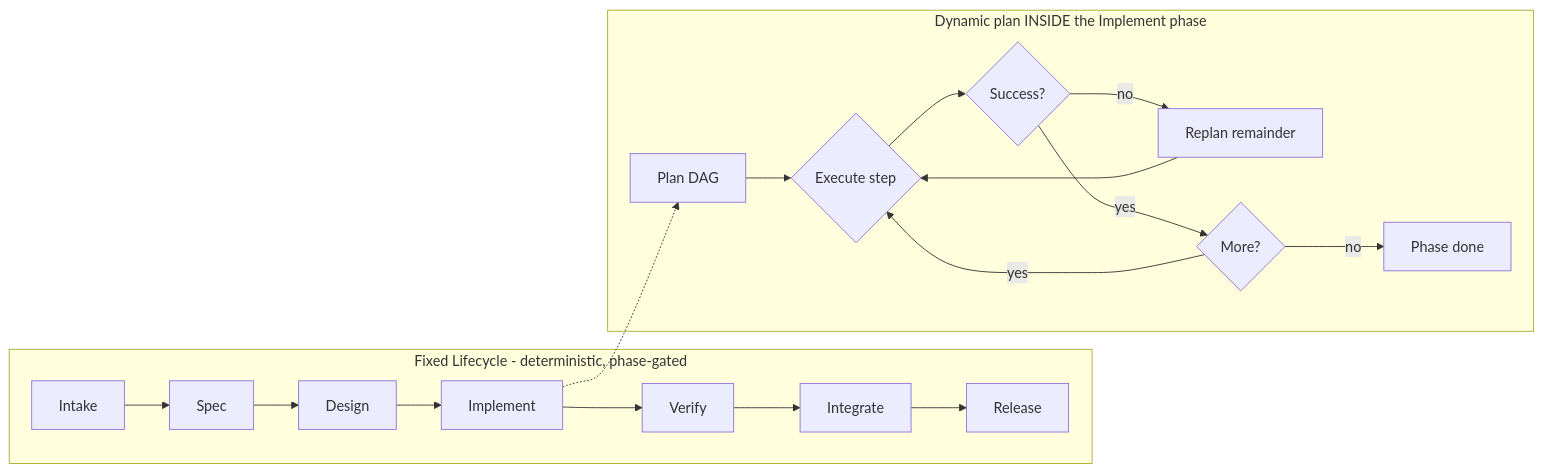
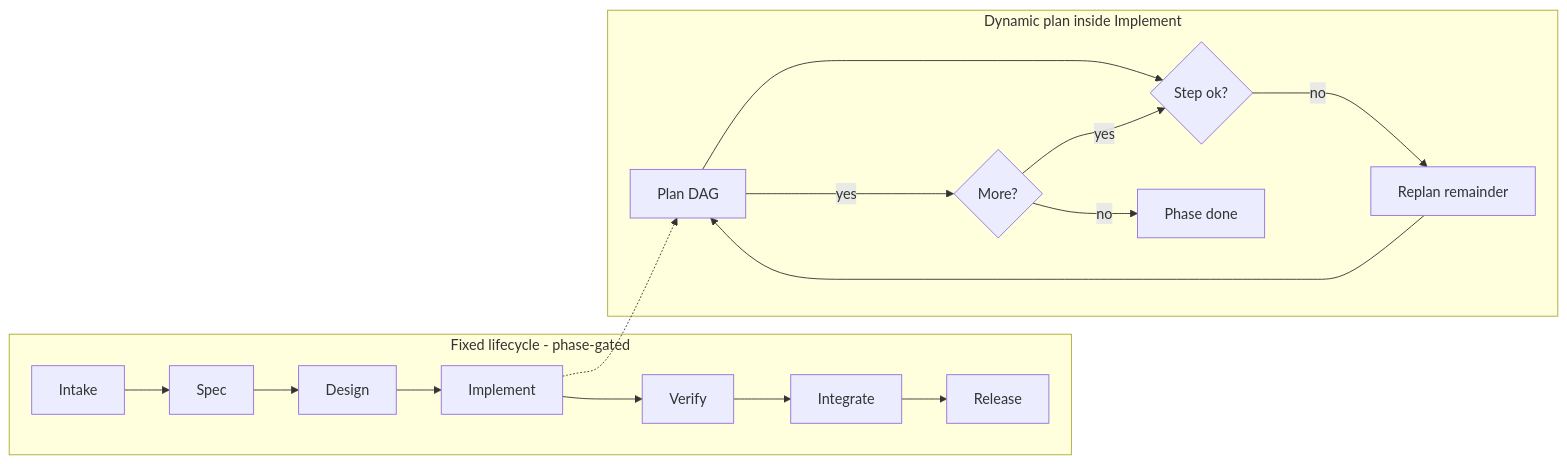
Diagram 11 of 14 in research/autonomous-agent-fleet.md (JNK234/claude-dotfiles), drawn with Mermaid before and after one commit. The commit also changed other lines of this file, not shown here.

First line of the commit message:
Revise design doc to v3 after adversarial critique round 1

````diff
--- a/research/autonomous-agent-fleet.md
+++ b/research/autonomous-agent-fleet.md
@@ -338,15 +361,13 @@
 ```mermaid
 flowchart LR
-    subgraph Fixed[Fixed Lifecycle - deterministic, phase-gated]
-      f1[Intake] --> f2[Spec] --> f3[Design] --> f4[Implement] --> f5[Verify] --> f6[Integrate] --> f7[Release]
-    end
-    subgraph Dynamic[Dynamic plan INSIDE the Implement phase]
-      d0[Plan DAG] --> d1{Execute step}
-      d1 --> d2{Success?}
-      d2 -->|no| d3[Replan remainder] --> d1
-      d2 -->|yes| d4{More?}
-      d4 -->|yes| d1
-      d4 -->|no| d5[Phase done]
-    end
-    f4 -.-> d0
+  subgraph Fixed[Fixed lifecycle - phase-gated]
+    a[Intake]-->b[Spec]-->c[Design]-->d[Implement]-->e[Verify]-->f[Integrate]-->g[Release]
+  end
+  subgraph Dyn[Dynamic plan inside Implement]
+    p[Plan DAG]-->x{Step ok?}
+    x-->|no|rp[Replan remainder]-->p
+    x-->|yes|nx{More?}-->|yes|x
+    nx-->|no|done[Phase done]
+  end
+  d-.->p
 ```
````
